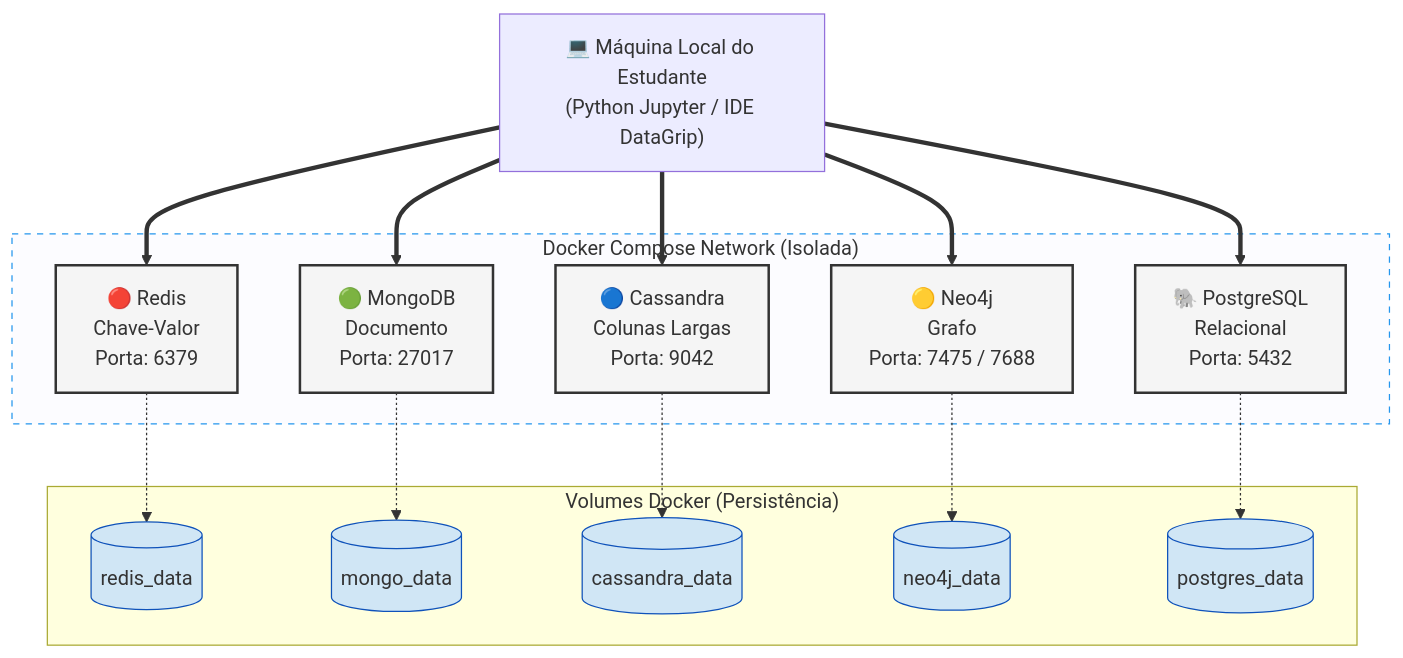
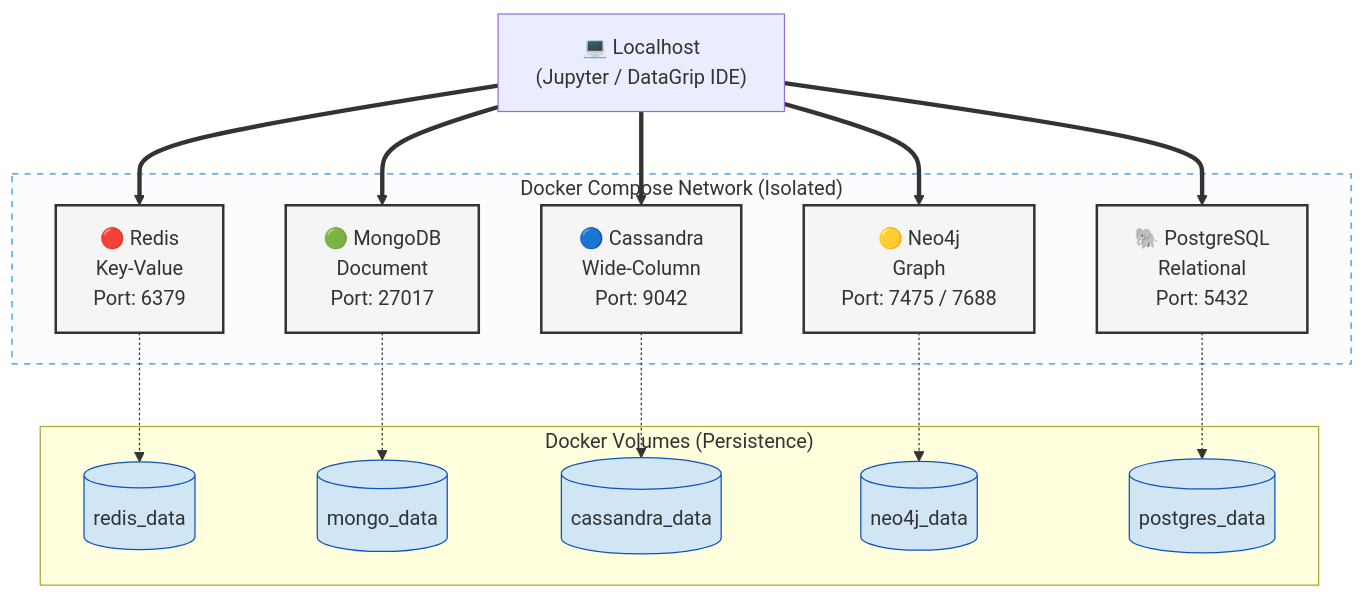
One commit to hiltonmbr/cdn-nosql-lab changed the diagram in README.md. Above: the diagram before and after it, drawn with Mermaid. The commit also changed other lines of this file, not shown here.

Commit message:
i18n: translate Mermaid diagram in README to English

````diff
--- a/README.md
+++ b/README.md
@@ -105,43 +105,43 @@
 ```mermaid
 graph TD
-    subgraph DC["Docker Compose Network (Isolada)"]
+    subgraph DC["Docker Compose Network (Isolated)"]
 
-        redis["🔴 Redis<br>Chave-Valor<br>Porta: 6379"]
-        mongo["🟢 MongoDB<br>Documento<br>Porta: 27017"]
-        cassandra["🔵 Cassandra<br>Colunas Largas<br>Porta: 9042"]
-        neo4j["🟡 Neo4j<br>Grafo<br>Porta: 7475 / 7688"]
-        postgres["🐘 PostgreSQL<br>Relacional<br>Porta: 5432"]
+        redis["🔴 Redis<br>Key-Value<br>Port: 6379"]
+        mongo["🟢 MongoDB<br>Document<br>Port: 27017"]
+        cassandra["🔵 Cassandra<br>Wide-Column<br>Port: 9042"]
+        neo4j["🟡 Neo4j<br>Graph<br>Port: 7475 / 7688"]
+        postgres["🐘 PostgreSQL<br>Relational<br>Port: 5432"]
 
     end
 
-    subgraph "Volumes Docker (Persistência)"
+    subgraph "Docker Volumes (Persistence)"
         v_redis[(redis_data)]
         v_mongo[(mongo_data)]
         v_cass[(cassandra_data)]
         v_neo[(neo4j_data)]
         v_pg[(postgres_data)]
     end
 
-    %% Ligações com Volumes
+    %% Volume Connections
     redis -.-> v_redis
     mongo -.-> v_mongo
     cassandra -.-> v_cass
     neo4j -.-> v_neo
     postgres -.-> v_pg
 
-    %% Ambiente Local / Python
-    local["💻 Máquina Local do Estudante<br>(Python Jupyter / IDE DataGrip)"]
+    %% Local Environment / Python
+    local["💻 Localhost<br>(Jupyter / DataGrip IDE)"]
 
     local ==> redis
     local ==> mongo
     local ==> cassandra
     local ==> neo4j
     local ==> postgres
 
     classDef db fill:#f5f5f5,stroke:#333,stroke-width:2px;
     class redis,mongo,cassandra,neo4j,postgres db;
     classDef volume fill:#d0e6f5,stroke:#0f52ba,stroke-width:1px;
     class v_redis,v_mongo,v_cass,v_neo,v_pg volume;
     classDef comp fill:#fcfcff,stroke:#2496ED,stroke-dasharray: 5 5;
     class DC comp;
 ```
````
